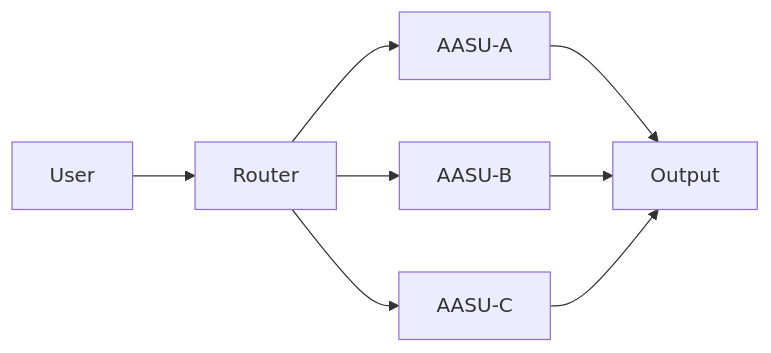
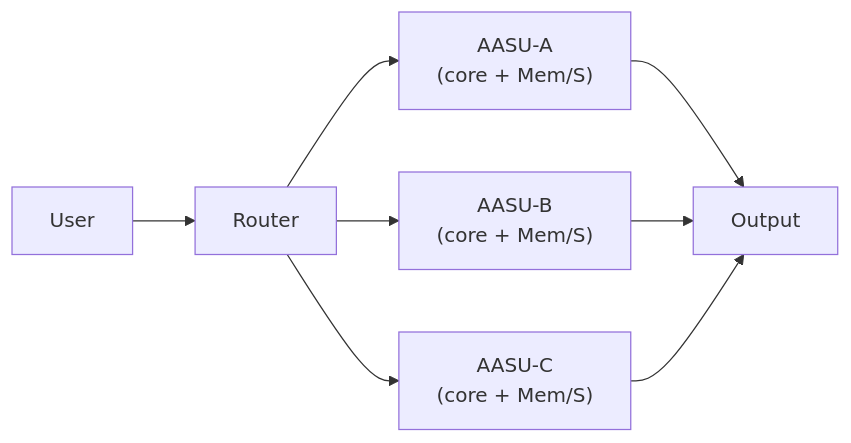
The third of 4 diagrams in docs/whitepapers/AASU_White_Paper_Publish_Ready_v1_2.md (SAISec/AASU), drawn with Mermaid before and after one commit. The commit also changed other lines of this file and 22 other files, not shown here.

Commit message:
Extend AASU PMRTK with memory/skill components and update docs/mermaid

````diff
--- a/docs/whitepapers/AASU_White_Paper_Publish_Ready_v1_2.md
+++ b/docs/whitepapers/AASU_White_Paper_Publish_Ready_v1_2.md
@@ -81,10 +83,10 @@
 ``` mermaid
 flowchart LR
     User --> Router
-    Router --> A1[AASU-A]
-    Router --> A2[AASU-B]
-    Router --> A3[AASU-C]
+    Router --> A1["AASU-A<br/>(core + Mem/S)"]
+    Router --> A2["AASU-B<br/>(core + Mem/S)"]
+    Router --> A3["AASU-C<br/>(core + Mem/S)"]
     A1 --> Output
     A2 --> Output
     A3 --> Output
 ```
````
